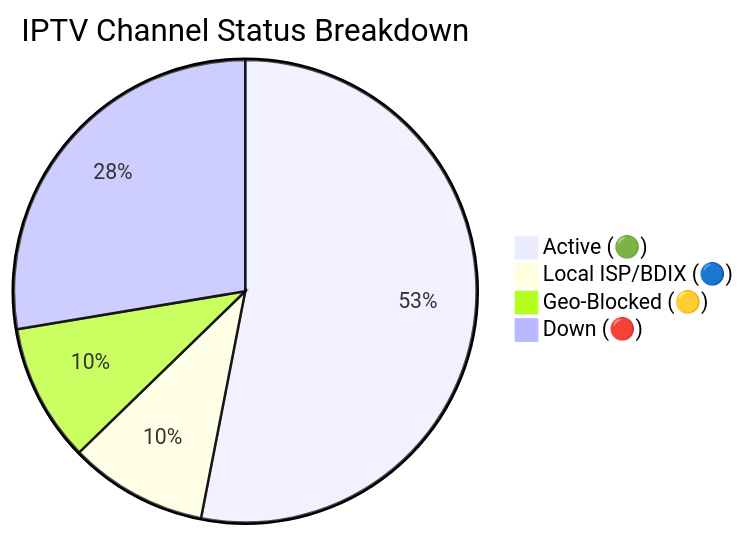
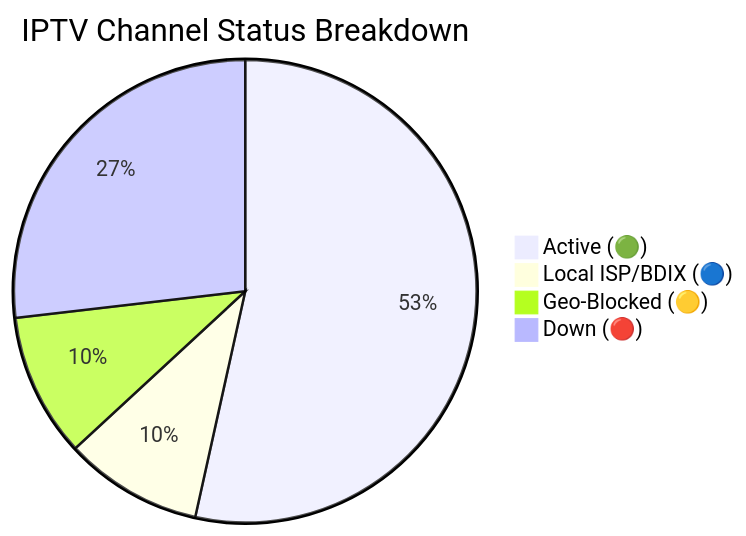
One commit to f6388600-ai/Web changed the diagram in README.md. Above: the diagram before and after it, drawn with Mermaid. The commit also changed other lines of this file and 6 other files, not shown here.

````diff
--- a/README.md
+++ b/README.md
@@ -149,7 +149,7 @@
 ```mermaid
 pie title IPTV Channel Status Breakdown
-    "Active (🟢)" : 9480
-    "Local ISP/BDIX (🔵)" : 1728
-    "Geo-Blocked (🟡)" : 1721
-    "Down (🔴)" : 4936
+    "Active (🟢)" : 9595
+    "Local ISP/BDIX (🔵)" : 1733
+    "Geo-Blocked (🟡)" : 1800
+    "Down (🔴)" : 4817
 ```
````
